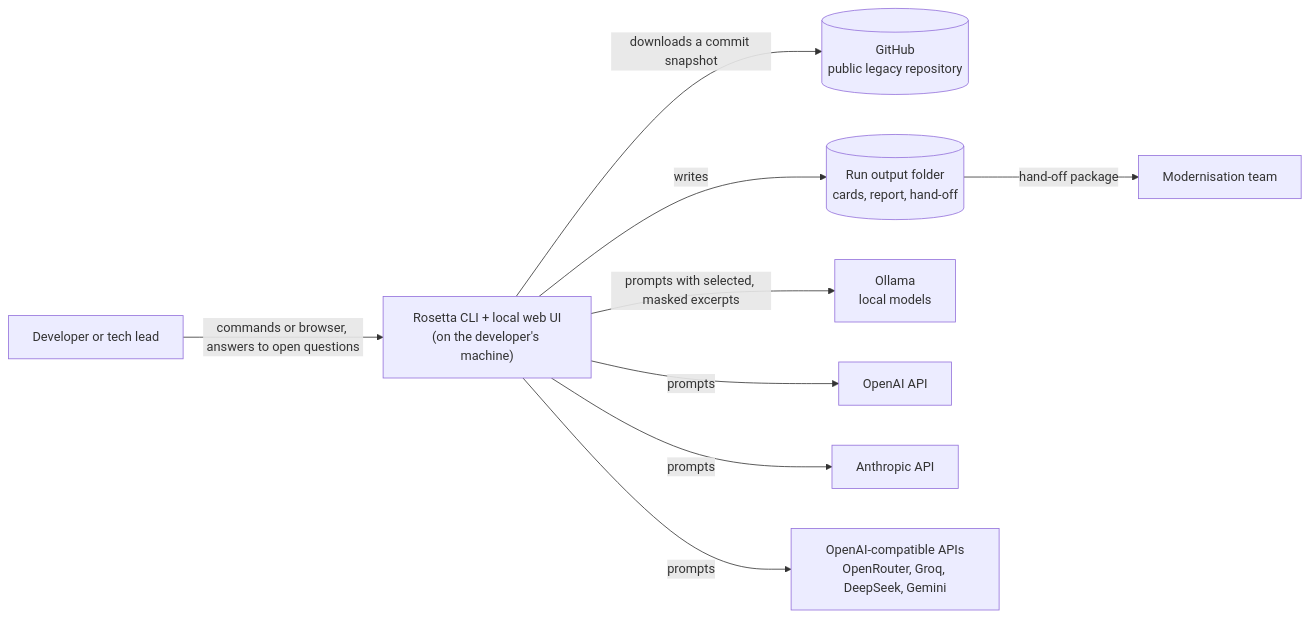
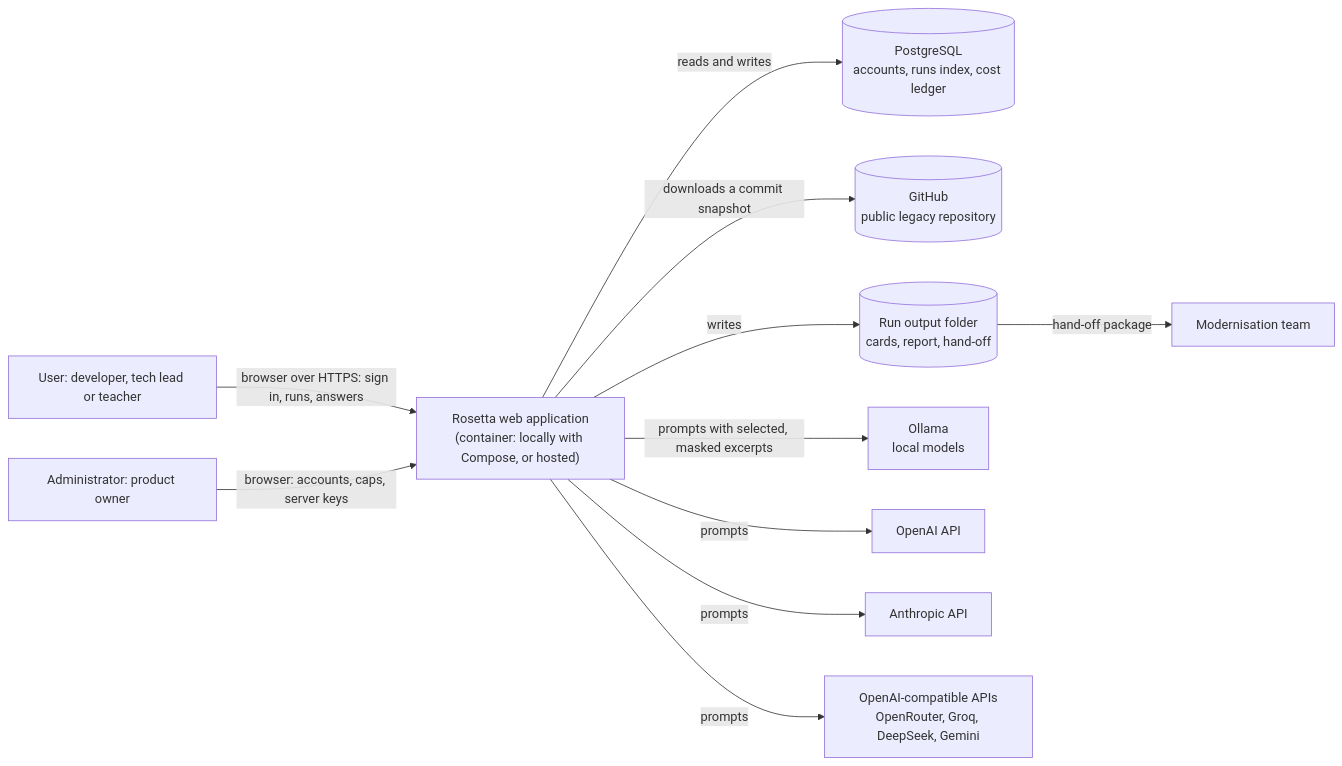
Before and after one commit to blacklight0101/Rosetta: the first of 4 diagrams in docs/rfc/RFC-001-rosetta.md, drawn with Mermaid. The commit also changed other lines of this file and 23 other files, not shown here.

First line of the commit message:
docs: turn Rosetta into a hosted web application with accounts

````diff
--- a/docs/rfc/RFC-001-rosetta.md
+++ b/docs/rfc/RFC-001-rosetta.md
@@ -116,20 +126,24 @@
 ```mermaid
 flowchart LR
-  DEV[Developer or tech lead]
-  RST["Rosetta CLI + local web UI<br/>(on the developer's machine)"]
+  DEV[User: developer, tech lead or teacher]
+  ADM[Administrator: product owner]
+  RST["Rosetta web application<br/>(container: locally with Compose, or hosted)"]
+  DB[(PostgreSQL<br/>accounts, runs index, cost ledger)]
   GH[(GitHub<br/>public legacy repository)]
   OUT[(Run output folder<br/>cards, report, hand-off)]
   OLL[Ollama<br/>local models]
   OAI[OpenAI API]
   ANT[Anthropic API]
   OCP[OpenAI-compatible APIs<br/>OpenRouter, Groq, DeepSeek, Gemini]
   TEAM[Modernisation team]
-  DEV -- commands or browser, answers to open questions --> RST
+  DEV -- browser over HTTPS: sign in, runs, answers --> RST
+  ADM -- browser: accounts, caps, server keys --> RST
+  RST -- reads and writes --> DB
   RST -- downloads a commit snapshot --> GH
   RST -- writes --> OUT
   RST -- prompts with selected, masked excerpts --> OLL
   RST -- prompts --> OAI
   RST -- prompts --> ANT
   RST -- prompts --> OCP
   OUT -- hand-off package --> TEAM
 ```
````
